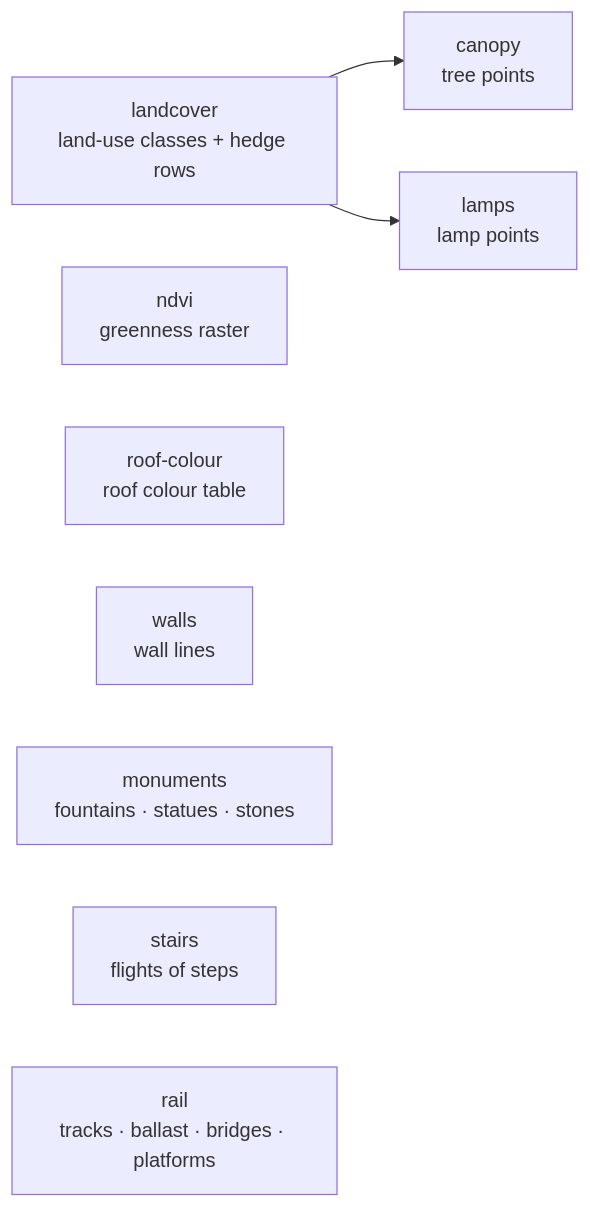
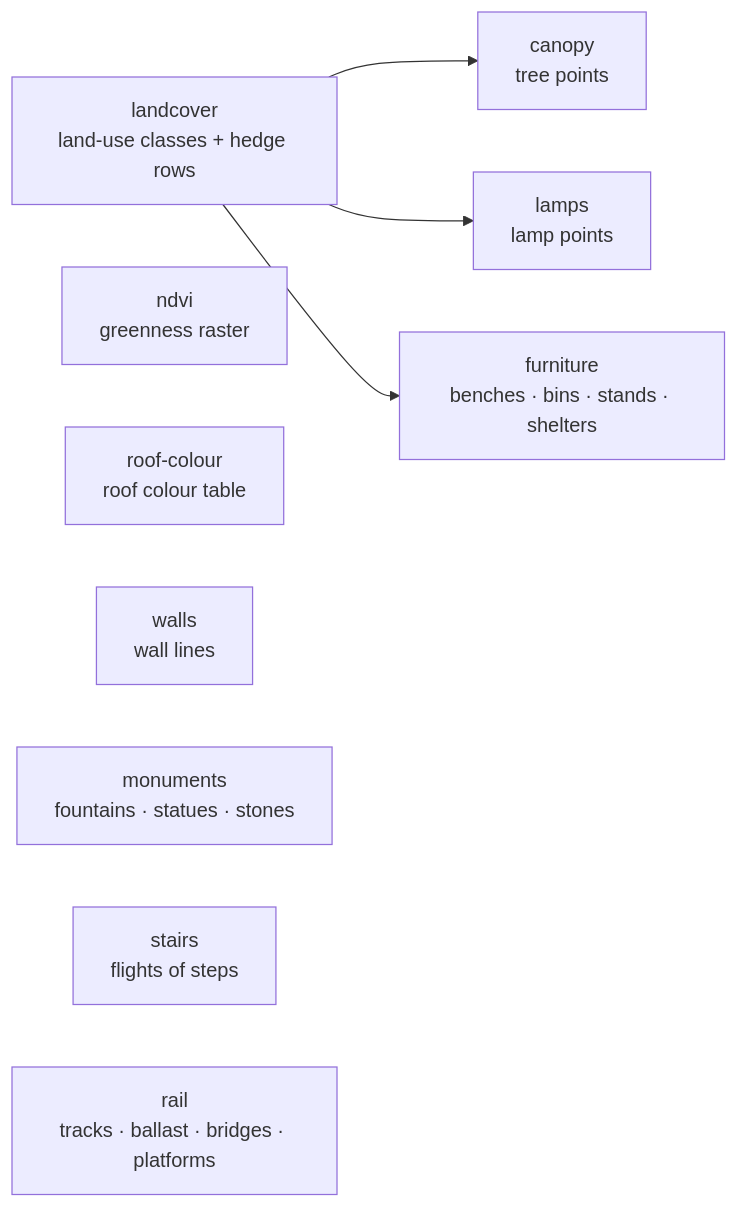
The second of 2 diagrams in docs/guide/en/data-journey.md (mdugue/bridge), drawn with Mermaid before and after one commit. The commit also changed other lines of this file and 43 other files, not shown here.

First line of the commit message:
feat(furniture): benches, bins, bicycle stands and shelters from OSM

````diff
--- a/docs/guide/en/data-journey.md
+++ b/docs/guide/en/data-journey.md
@@ -68,11 +68,12 @@
 ```mermaid
 flowchart LR
   DLM["landcover<br/>land-use classes + hedge rows"] --> CAN["canopy<br/>tree points"]
   DLM --> LAMP["lamps<br/>lamp points"]
+  DLM --> FURN["furniture<br/>benches · bins · stands · shelters"]
   NDVI["ndvi<br/>greenness raster"]
   ROOF["roof-colour<br/>roof colour table"]
   WALL["walls<br/>wall lines"]
   MON["monuments<br/>fountains · statues · stones"]
   STAIR["stairs<br/>flights of steps"]
   RAIL["rail<br/>tracks · ballast · bridges · platforms"]
 ```
````
